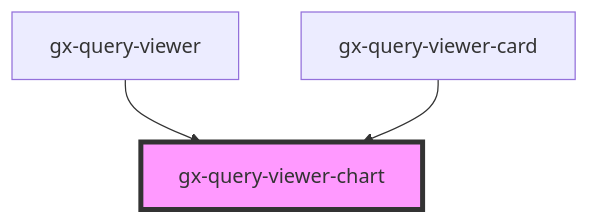
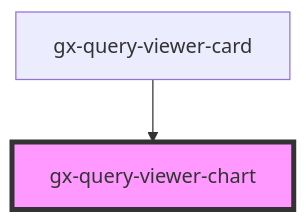
Before and after one commit to genexuslabs/reporting-controls-library: the diagram in src/components/query-viewer-chart/readme.md, drawn with Mermaid. The commit also changed other lines of this file and 4 other files, not shown here.

````diff
--- a/src/components/query-viewer-chart/readme.md
+++ b/src/components/query-viewer-chart/readme.md
@@ -30,6 +29,5 @@
 ```mermaid
 graph TD;
-  gx-query-viewer --> gx-query-viewer-chart
   gx-query-viewer-card --> gx-query-viewer-chart
   style gx-query-viewer-chart fill:#f9f,stroke:#333,stroke-width:4px
 ```
````
